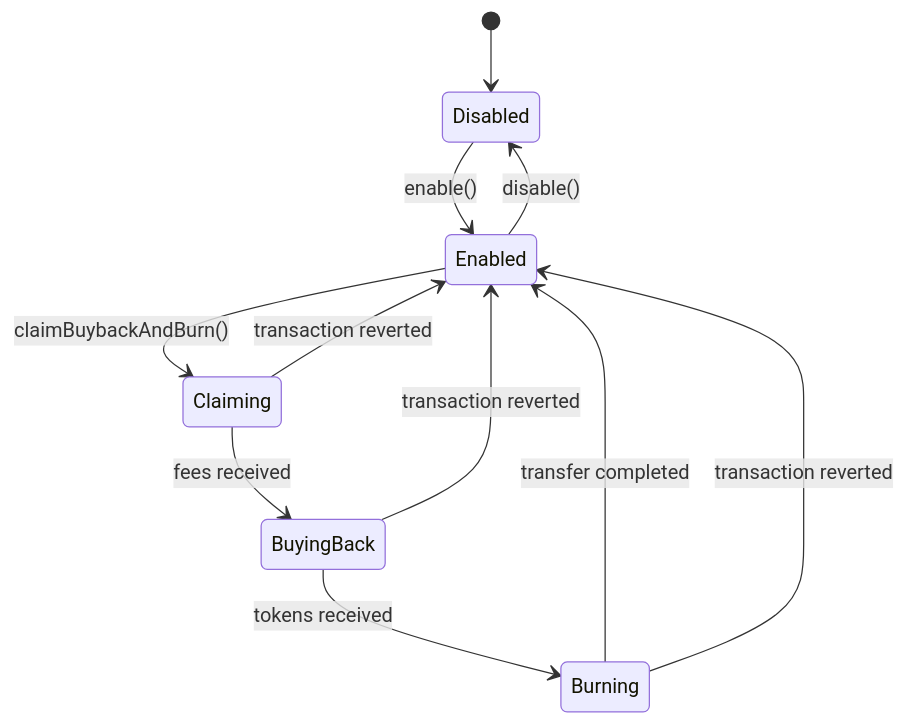
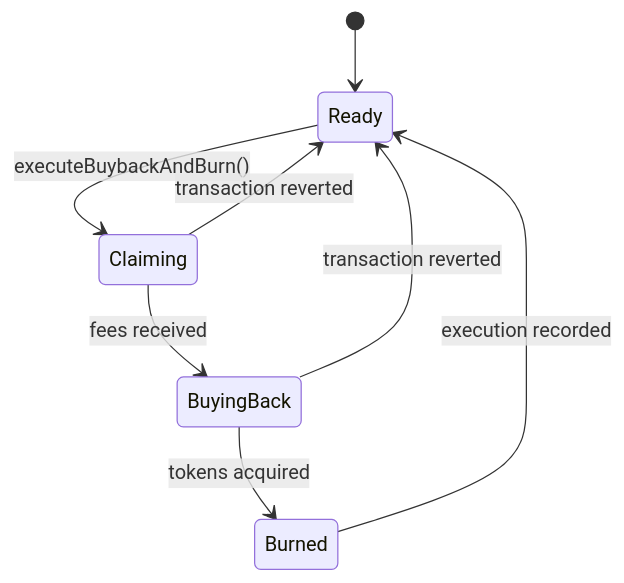
The fifth of 7 diagrams in README.md (Horsaeshit/test), drawn with Mermaid before and after one commit. The commit also changed other lines of this file, not shown here.

````diff
--- a/README.md
+++ b/README.md
@@ -270,13 +484,12 @@
 ```mermaid
 stateDiagram-v2
-    [*] --> Disabled
-    Disabled --> Enabled: enable()
-    Enabled --> Claiming: claimBuybackAndBurn()
+    [*] --> Ready
+
+    Ready --> Claiming: executeBuybackAndBurn()
     Claiming --> BuyingBack: fees received
-    BuyingBack --> Burning: tokens received
-    Burning --> Enabled: transfer completed
-    Enabled --> Disabled: disable()
-    Claiming --> Enabled: transaction reverted
-    BuyingBack --> Enabled: transaction reverted
-    Burning --> Enabled: transaction reverted
+    BuyingBack --> Burned: tokens acquired
+    Burned --> Ready: execution recorded
+
+    Claiming --> Ready: transaction reverted
+    BuyingBack --> Ready: transaction reverted
 ```
````
